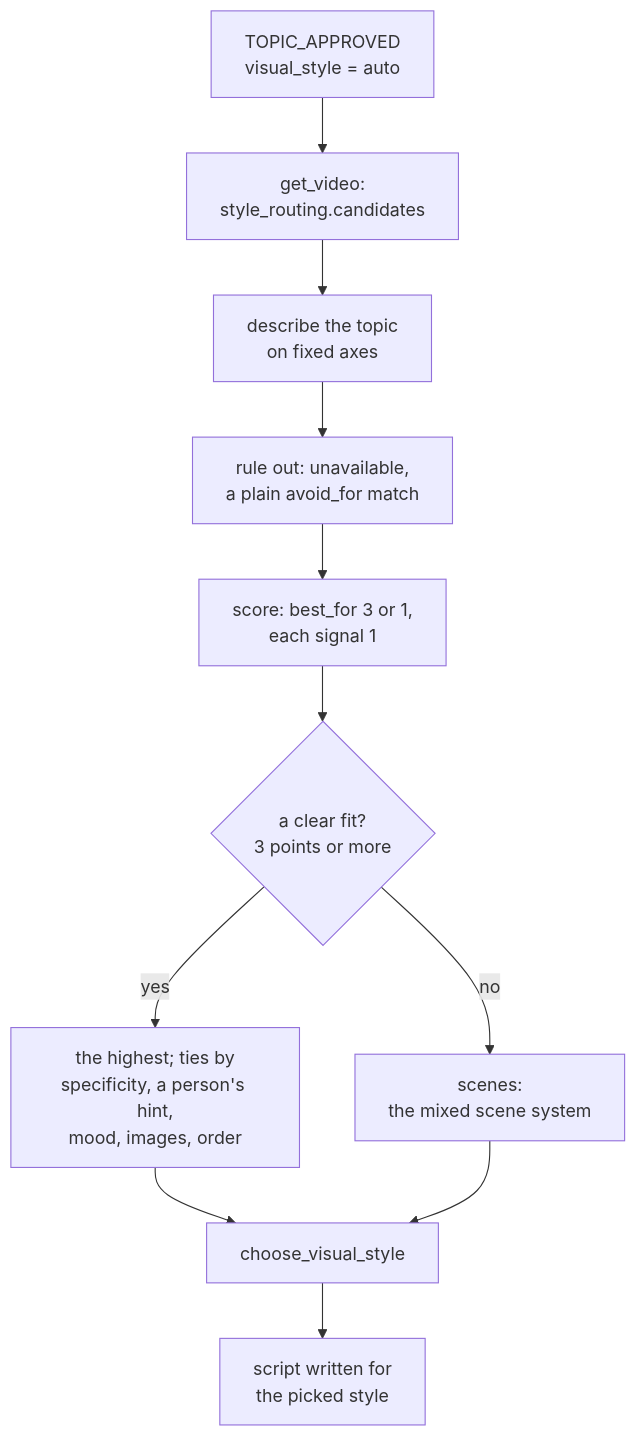
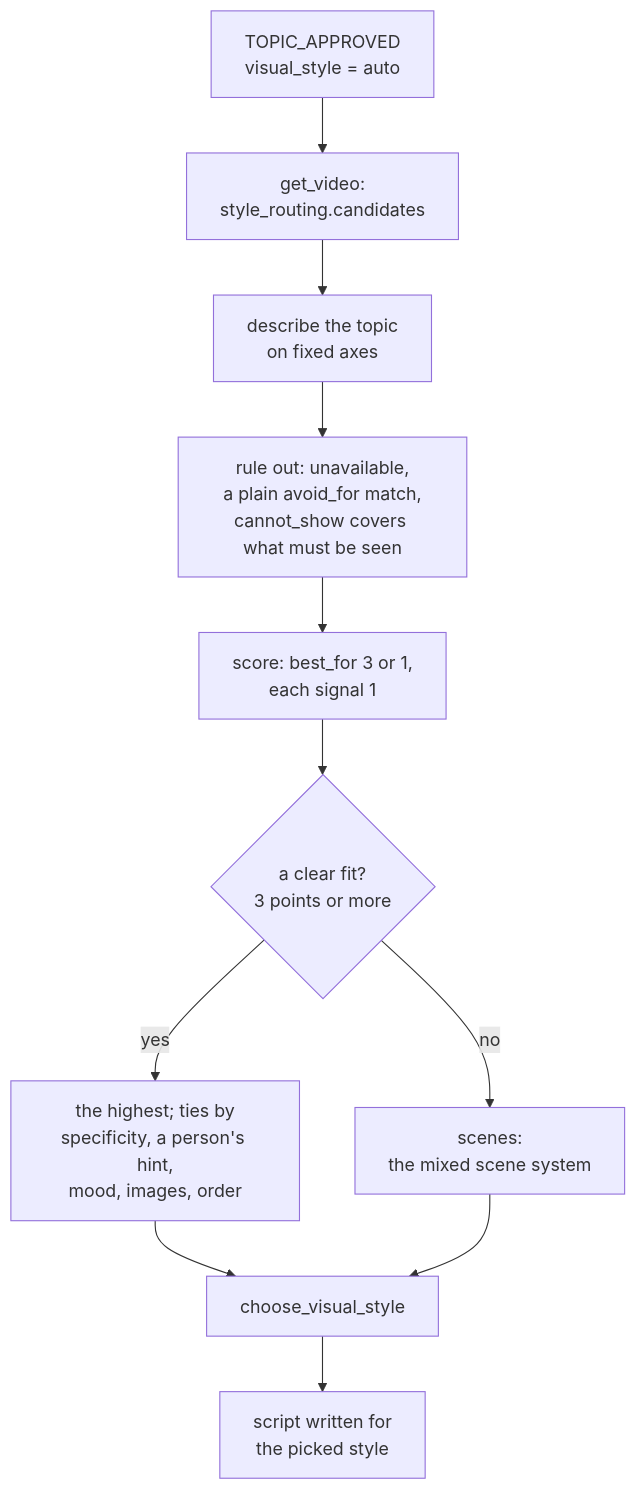
The first of 4 diagrams in docs/developer/10-scene-authoring.md (teja156/tubematic), drawn with Mermaid before and after one commit. The commit also changed other lines of this file and 4 other files, not shown here.

````diff
--- a/docs/developer/10-scene-authoring.md
+++ b/docs/developer/10-scene-authoring.md
@@ -159,13 +161,13 @@
 ```mermaid
 flowchart TD
     A["TOPIC_APPROVED<br/>visual_style = auto"] --> B["get_video:<br/>style_routing.candidates"]
     B --> C["describe the topic<br/>on fixed axes"]
-    C --> D["rule out: unavailable,<br/>a plain avoid_for match"]
+    C --> D["rule out: unavailable,<br/>a plain avoid_for match,<br/>cannot_show covers what must be seen"]
     D --> E["score: best_for 3 or 1,<br/>each signal 1"]
     E --> F{"a clear fit?<br/>3 points or more"}
     F -->|yes| G["the highest; ties by<br/>specificity, a person's hint,<br/>mood, images, order"]
     F -->|no| H["scenes:<br/>the mixed scene system"]
     G --> I["choose_visual_style"]
     H --> I
     I --> J["script written for<br/>the picked style"]
 ```
````
